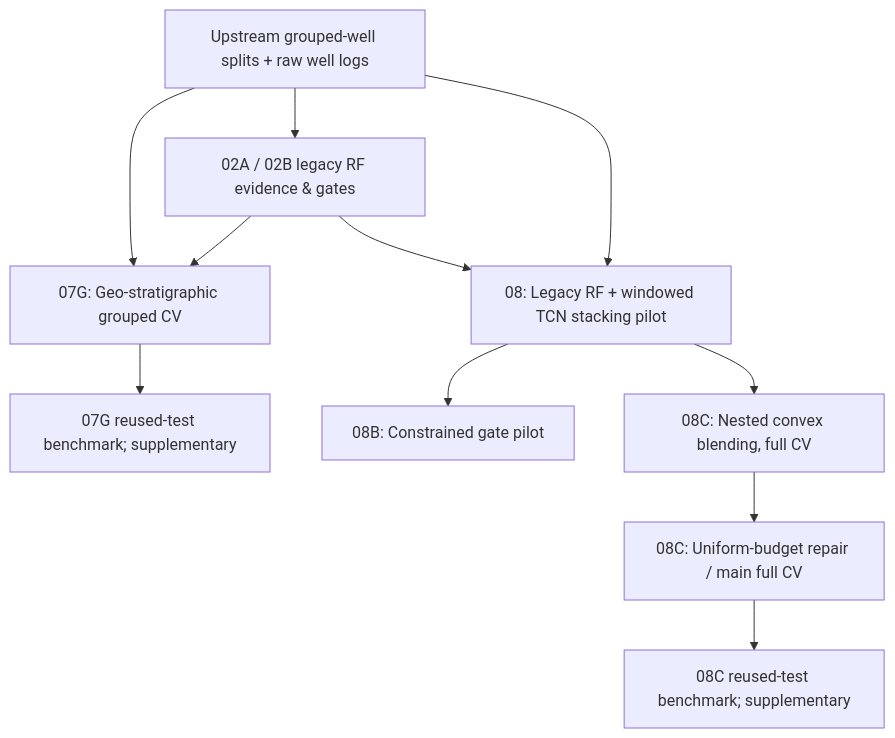
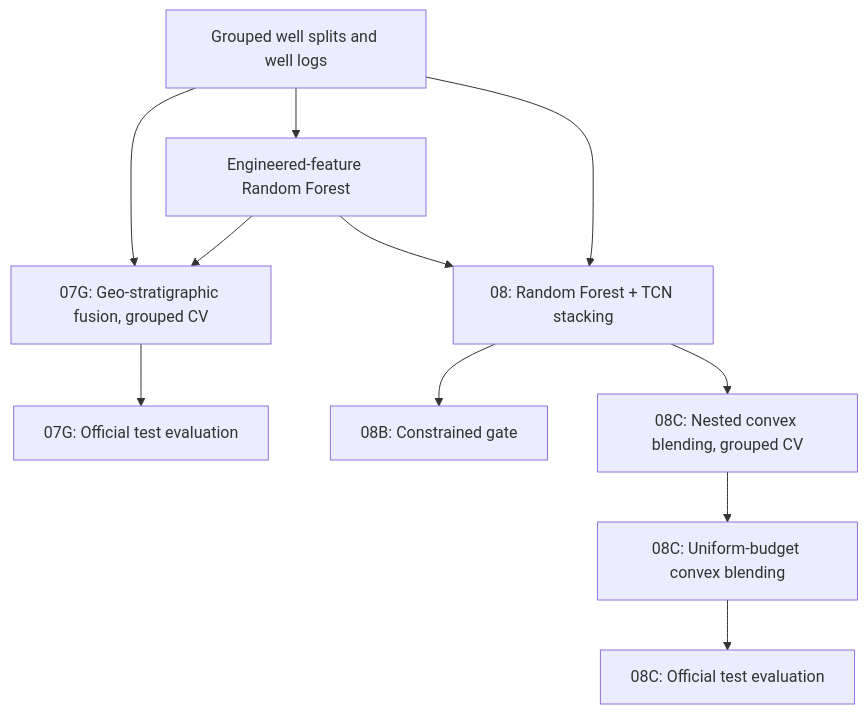
Before and after one commit to Mohaddesemoghaddam/StrataWeave: the diagram in README.md, drawn with Mermaid. The commit also changed other lines of this file, not shown here.

````diff
--- a/README.md
+++ b/README.md
@@ -56,13 +69,13 @@
 ```mermaid
 flowchart TD
-  DATA[Upstream grouped-well splits + raw well logs] --> LEG[02A / 02B legacy RF evidence & gates]
-  LEG --> G[07G: Geo-stratigraphic grouped CV]
+  DATA[Grouped well splits and well logs] --> LEG[Engineered-feature Random Forest]
+  LEG --> G[07G: Geo-stratigraphic fusion, grouped CV]
   DATA --> G
-  G --> GT[07G reused-test benchmark; supplementary]
-  DATA --> T[08: Legacy RF + windowed TCN stacking pilot]
+  G --> GT[07G: Official test evaluation]
+  DATA --> T[08: Random Forest + TCN stacking]
   LEG --> T
-  T --> B[08B: Constrained gate pilot]
-  T --> C[08C: Nested convex blending, full CV]
-  C --> R[08C: Uniform-budget repair / main full CV]
-  R --> RT[08C reused-test benchmark; supplementary]
+  T --> B[08B: Constrained gate]
+  T --> C[08C: Nested convex blending, grouped CV]
+  C --> R[08C: Uniform-budget convex blending]
+  R --> RT[08C: Official test evaluation]
 ```
````
